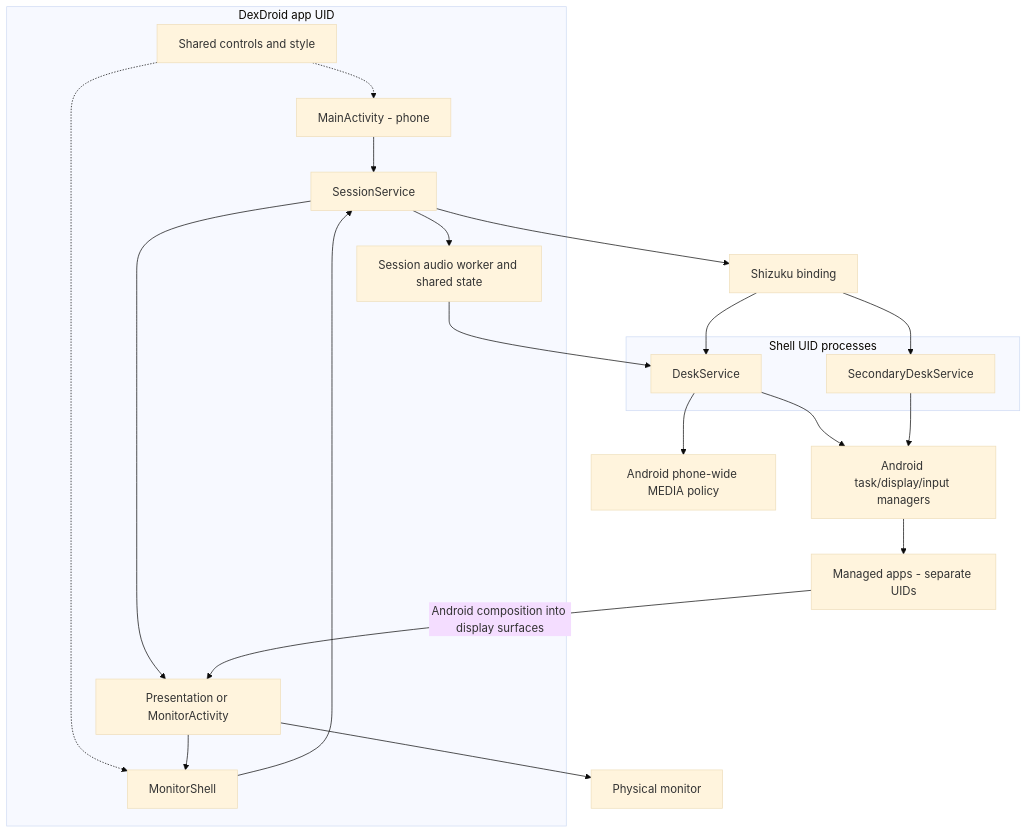
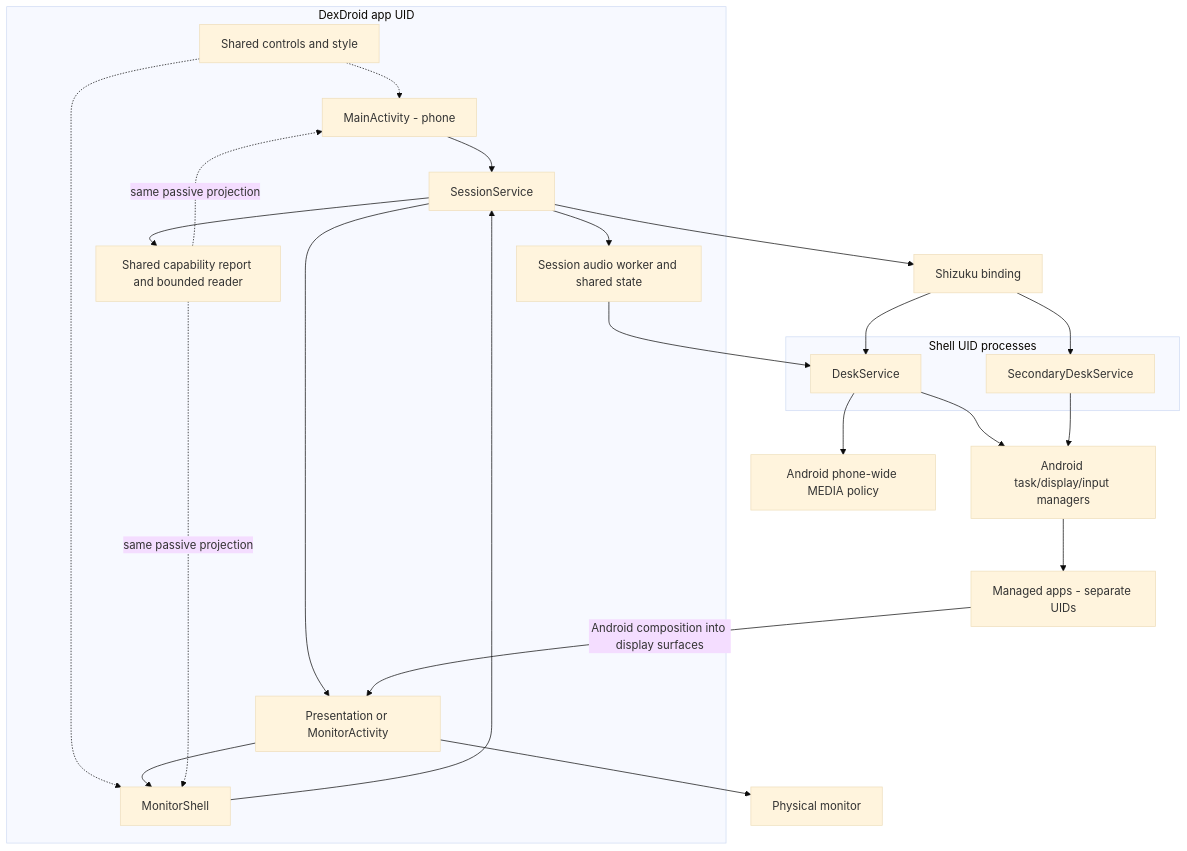
The first of 4 diagrams in docs/ARCHITECTURE.md (PhiLong-Ho/DexDroid), drawn with Mermaid (base theme) before and after one commit. The commit also changed other lines of this file and 67 other files, not shown here.

````diff
--- a/docs/ARCHITECTURE.md
+++ b/docs/ARCHITECTURE.md
@@ -20,36 +20,40 @@
 ```mermaid
 flowchart TB
     subgraph App[DexDroid app UID]
         Phone[MainActivity - phone]
         Shared[Shared controls and style]
         Session[SessionService]
         Audio[Session audio worker and shared state]
+        Capabilities[Shared capability report and bounded reader]
         Host[Presentation or MonitorActivity]
         ShellUI[MonitorShell]
         Phone --> Session
         Shared -.-> Phone
         Shared -.-> ShellUI
         ShellUI --> Session
         Host --> ShellUI
         Session --> Host
+        Session --> Capabilities
+        Capabilities -.->|same passive projection| Phone
+        Capabilities -.->|same passive projection| ShellUI
     end
     Shizuku[Shizuku binding]
     subgraph Privileged[Shell UID processes]
         Primary[DeskService]
         Secondary[SecondaryDeskService]
     end
     Android[Android task/display/input managers]
     Apps[Managed apps - separate UIDs]
     Output[Physical monitor]
     Session --> Audio
     Audio --> Primary
     Primary --> AudioPolicy[Android phone-wide MEDIA policy]
     Session --> Shizuku
     Shizuku --> Primary
     Shizuku --> Secondary
     Primary --> Android
     Secondary --> Android
     Android --> Apps
     Apps -->|Android composition into display surfaces| Host
     Host --> Output
 ```
````
